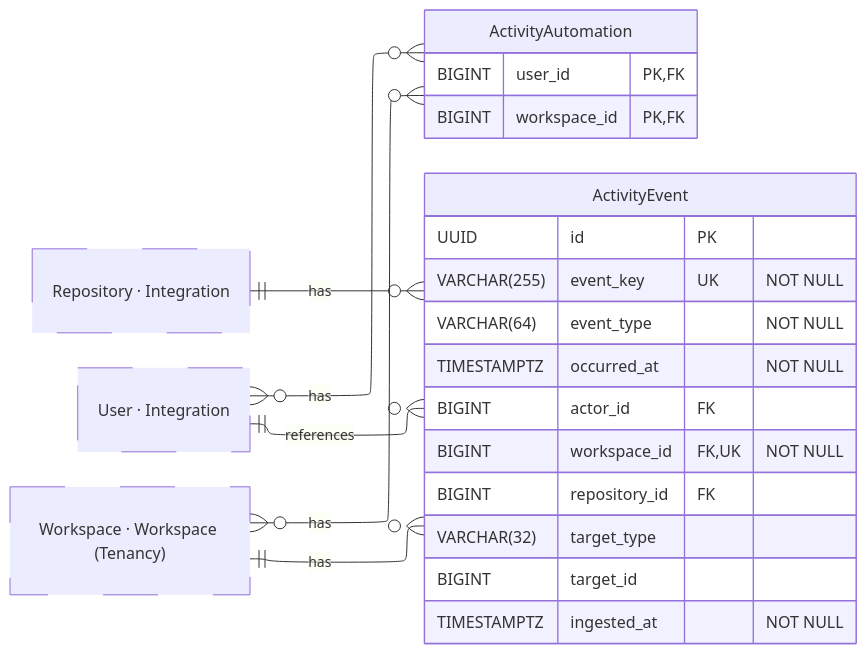
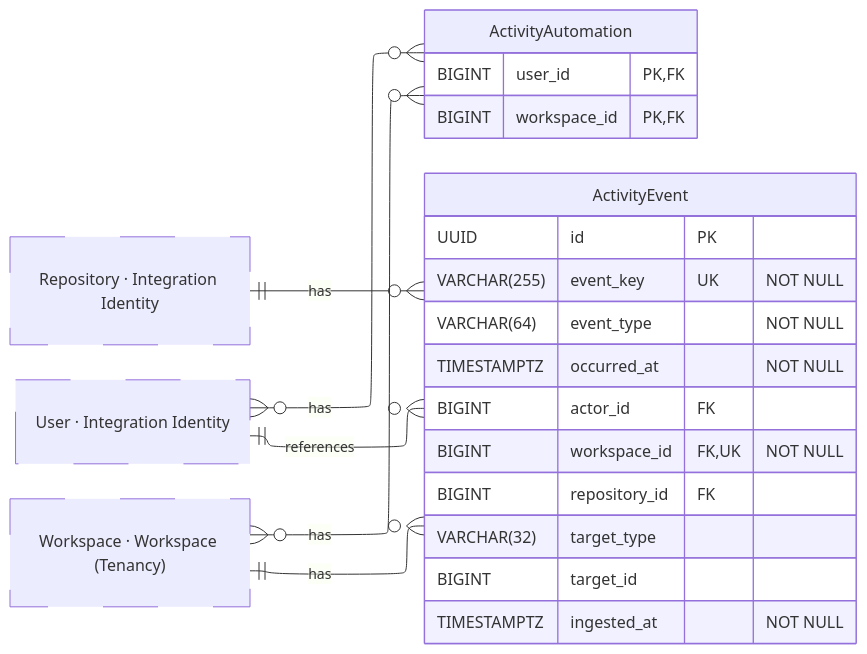
One commit to hephaestus-build/Hephaestus changed the diagram in docs/contributor/erd/activity.mmd. Above: the diagram before and after it, drawn with Mermaid. The commit also changed 4 other files, not shown here.

Commit message:
docs(server): regenerate diagrams for explicit module names

```diff
--- a/docs/contributor/erd/activity.mmd
+++ b/docs/contributor/erd/activity.mmd
@@ -1,52 +1,52 @@
 ---
 config:
     layout: elk
 ---
 erDiagram
     %% Generated automatically from PostgreSQL database schema
     %% using scripts/generate-mermaid-erd.ts
     %% To regenerate: vp run db:generate-erd-docs
 
     direction LR
 
     ActivityAutomation {
         BIGINT user_id PK,FK
         BIGINT workspace_id PK,FK
     }
 
     ActivityEvent {
         UUID id PK
         VARCHAR(255) event_key UK "NOT NULL"
         VARCHAR(64) event_type "NOT NULL"
         TIMESTAMPTZ occurred_at "NOT NULL"
         BIGINT actor_id FK
         BIGINT workspace_id FK,UK "NOT NULL"
         BIGINT repository_id FK
         VARCHAR(32) target_type
         BIGINT target_id
         TIMESTAMPTZ ingested_at "NOT NULL"
     }
 
-    Repository["Repository · Integration"]
-    User["User · Integration"]
+    Repository["Repository · Integration Identity"]
+    User["User · Integration Identity"]
     Workspace["Workspace · Workspace (Tenancy)"]
 
     %% Relationships
     %% One-to-Many relationships
     User ||--o{ ActivityEvent : references
     Repository ||--o{ ActivityEvent : has
     Workspace ||--o{ ActivityEvent : has
 
     %% Many-to-Many relationships
     User }o--o{ ActivityAutomation : has
     Workspace }o--o{ ActivityAutomation : has
 
     %% Styling
     classDef primaryEntity stroke-width:2px
     classDef associationEntity stroke-width:1px
     classDef metadataEntity stroke-width:1px
     classDef referenceEntity stroke-dasharray:5 5
 
     class Repository referenceEntity
     class User referenceEntity
     class Workspace referenceEntity
```
